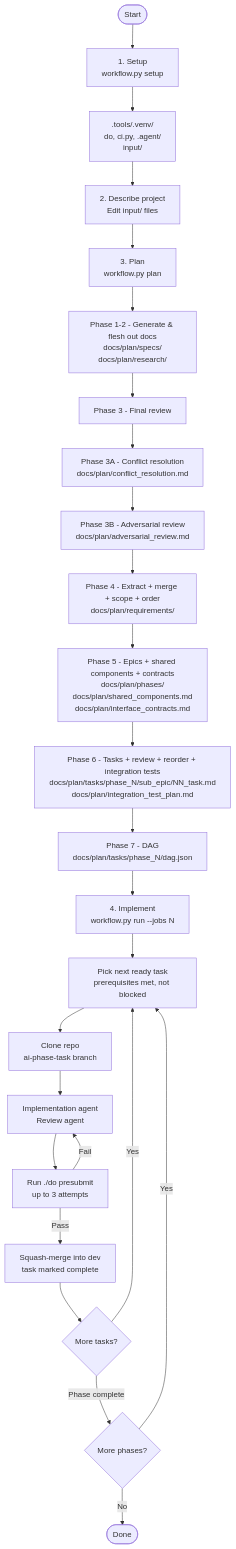
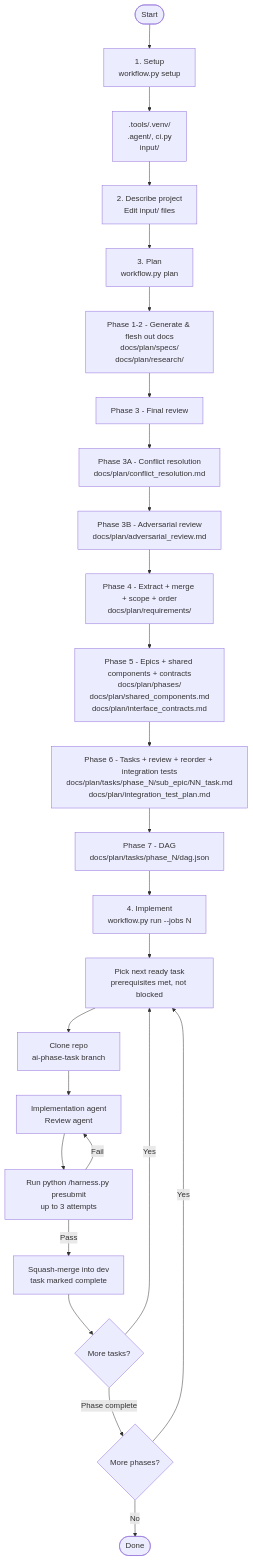
The diagram in README.md (spwilson27/vibekek), drawn with Mermaid before and after one commit. The commit also changed other lines of this file and 22 other files, not shown here.

````diff
--- a/README.md
+++ b/README.md
@@ -15,32 +15,32 @@
 ```mermaid
 flowchart TD
     A([Start]) --> C["1. Setup<br/>workflow.py setup"]
-    C --> C1[".tools/.venv/<br/>do, ci.py, .agent/<br/>input/"]
+    C --> C1[".tools/.venv/<br/>.agent/, ci.py<br/>input/"]
 
     C1 --> B["2. Describe project<br/>Edit input/ files"]
 
     B --> D["3. Plan<br/>workflow.py plan"]
 
     D --> P0["Phase 1-2 - Generate & flesh out docs<br/>docs/plan/specs/<br/>docs/plan/research/"]
     P0 --> P1a["Phase 3 - Final review"]
     P1a --> P1b["Phase 3A - Conflict resolution<br/>docs/plan/conflict_resolution.md"]
     P1b --> P1["Phase 3B - Adversarial review<br/>docs/plan/adversarial_review.md"]
     P1 --> P2["Phase 4 - Extract + merge + scope + order<br/>docs/plan/requirements/"]
     P2 --> P3["Phase 5 - Epics + shared components + contracts<br/>docs/plan/phases/<br/>docs/plan/shared_components.md<br/>docs/plan/interface_contracts.md"]
     P3 --> P4["Phase 6 - Tasks + review + reorder + integration tests<br/>docs/plan/tasks/phase_N/sub_epic/NN_task.md<br/>docs/plan/integration_test_plan.md"]
     P4 --> P5["Phase 7 - DAG<br/>docs/plan/tasks/phase_N/dag.json"]
 
     P5 --> E["4. Implement<br/>workflow.py run --jobs N"]
 
     E --> R1["Pick next ready task<br/>prerequisites met, not blocked"]
     R1 --> R2["Clone repo<br/>ai-phase-task branch"]
     R2 --> R3["Implementation agent<br/>Review agent"]
-    R3 --> R4["Run ./do presubmit<br/>up to 3 attempts"]
+    R3 --> R4["Run python /harness.py presubmit<br/>up to 3 attempts"]
     R4 -->|Pass| R5["Squash-merge into dev<br/>task marked complete"]
     R4 -->|Fail| R3
     R5 --> R6{More tasks?}
     R6 -->|Yes| R1
     R6 -->|Phase complete| R7{More phases?}
     R7 -->|Yes| R1
     R7 -->|No| Z([Done])
 ```
````
